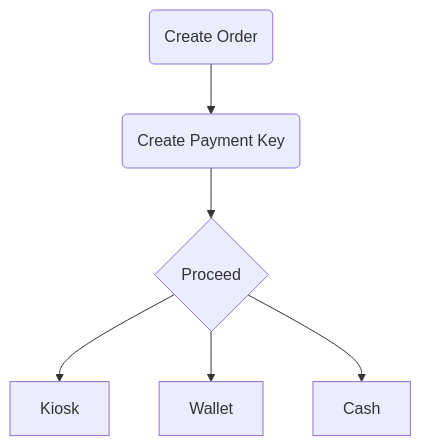
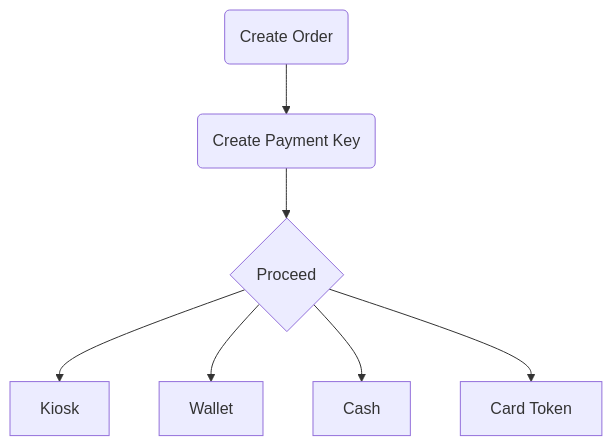
Before and after one commit to muhammedattif/Paymob-Solutions: the second of 2 diagrams in docs/services/accept.md, drawn with Mermaid.

Commit message:
Update Accept Docs

````diff
--- a/docs/services/accept.md
+++ b/docs/services/accept.md
@@ -23,8 +23,9 @@
 ```mermaid
 flowchart TD
     A(Create Order) --> B(Create Payment Key)
     B --> C{Proceed}
     C --> D[Kiosk]
     C --> E[Wallet]
     C --> F[Cash]
+    C --> G[Card Token]
 ```
````
